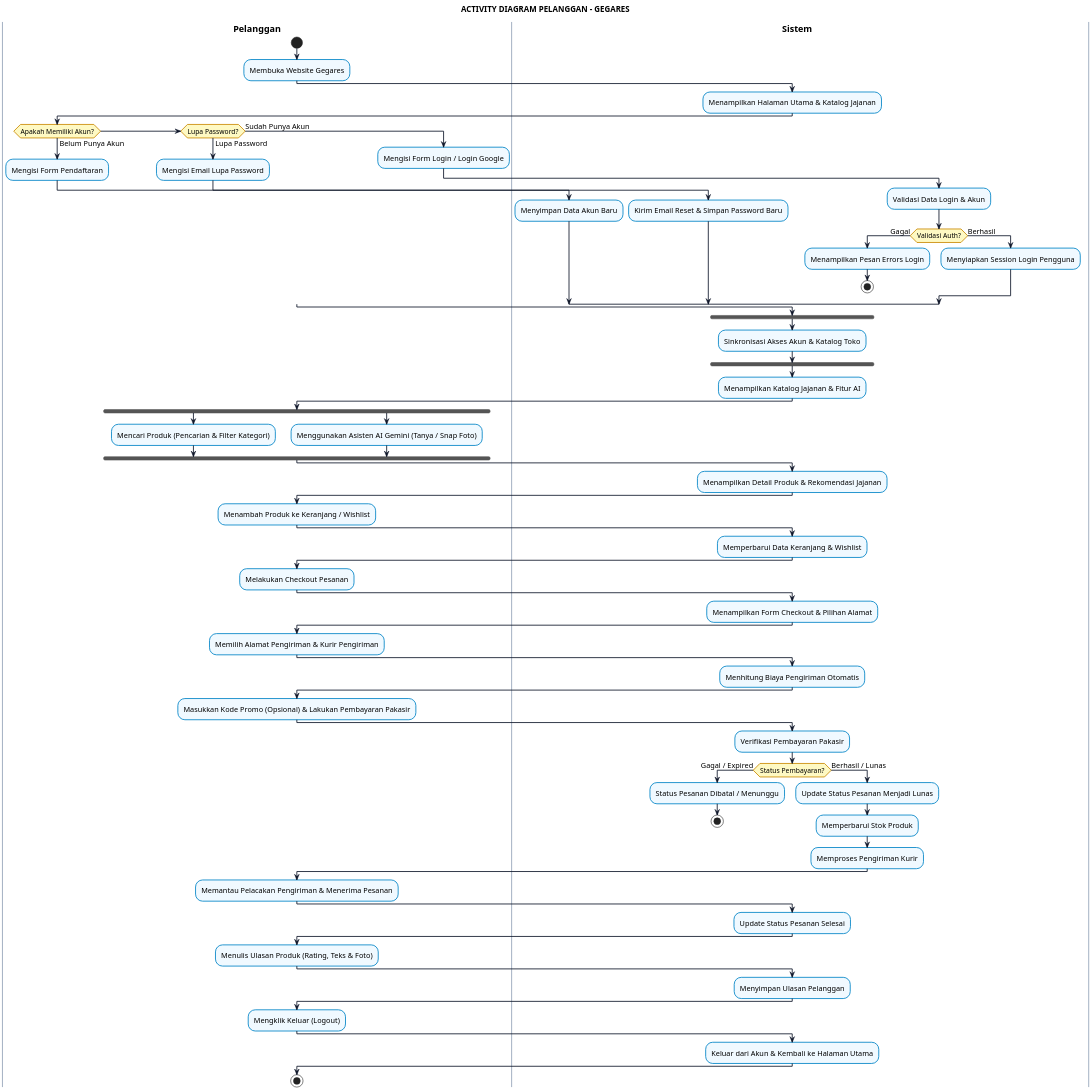
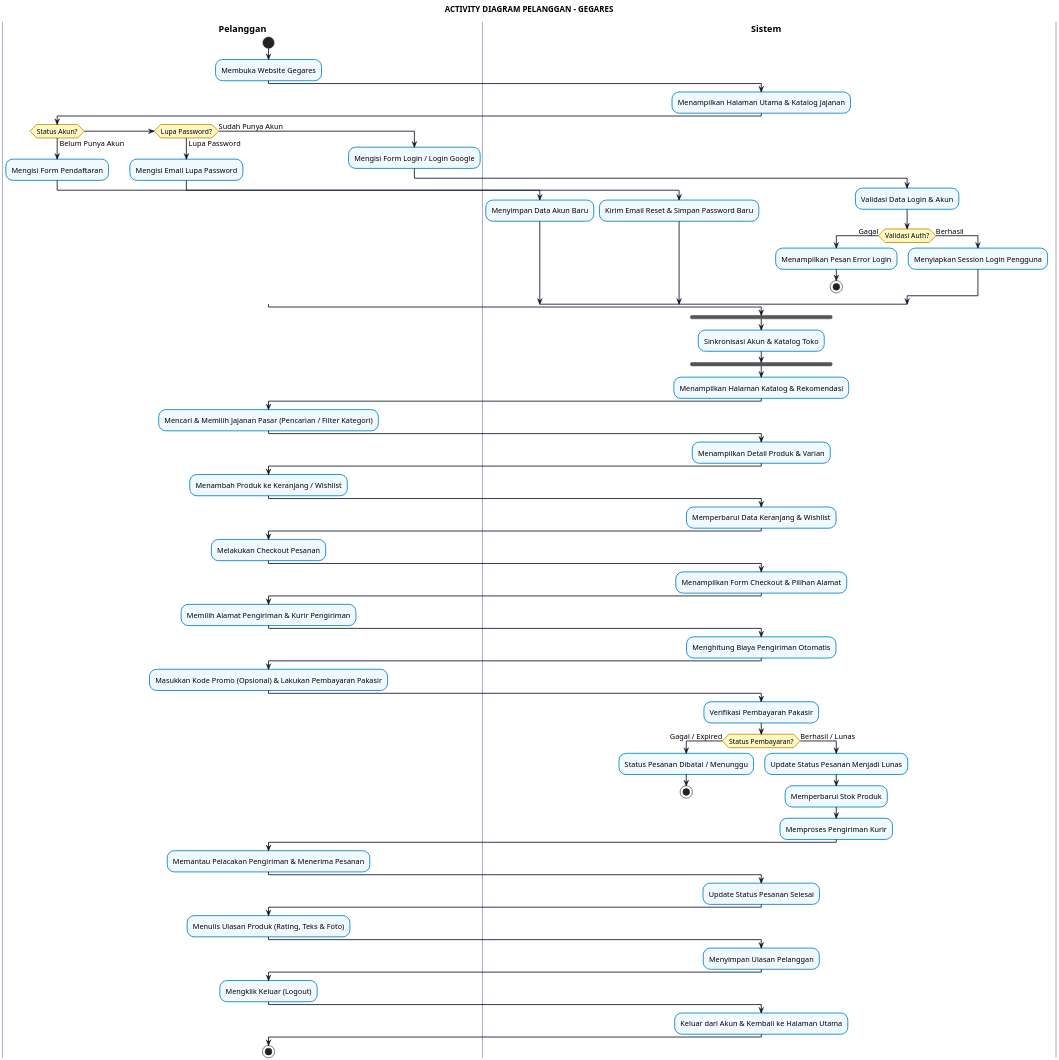
The diagram in activity_diagram_pelanggan.puml (greedykid/gegares_toko), drawn with PlantUML before and after one commit. The commit also changed 16 other files, not shown here.

Commit message:
docs(diagram): add dedicated AI Chatbot activity diagram (3 diagrams total: Pelanggan, AI Chatbot, Admin)

```diff
--- a/activity_diagram_pelanggan.puml
+++ b/activity_diagram_pelanggan.puml
@@ -1,124 +1,118 @@
 @startuml
 skinparam dpi 200
 skinparam defaultFontName "SansSerif"
 skinparam defaultFontSize 13
 skinparam ActivityFontSize 13
 skinparam ActivityBorderColor #0284C7
 skinparam ActivityBorderThickness 1.5
 skinparam ActivityBackgroundColor #F0F9FF
 skinparam ActivityDiamondBorderColor #CA8A04
 skinparam ActivityDiamondBackgroundColor #FEF9C3
 skinparam ActivityDiamondFontSize 12
 skinparam ArrowColor #0F172A
 skinparam ArrowThickness 1.5
 skinparam SwimlaneTitleFontSize 16
 skinparam SwimlaneTitleFontStyle bold
 skinparam SwimlaneBorderColor #94A3B8
 skinparam SwimlaneBorderThickness 1.5
-skinparam SwimlaneWidth 320
-skinparam NoteBackgroundColor #FFFBEB
-skinparam NoteBorderColor #F59E0B
+skinparam SwimlaneWidth 280
 
 title **ACTIVITY DIAGRAM PELANGGAN - GEGARES**
 
 |Pelanggan|
 start
 :Membuka Website Gegares;
 
 |Sistem|
 :Menampilkan Halaman Utama & Katalog Jajanan;
 
 |Pelanggan|
-if (Apakah Memiliki Akun?) then (Belum Punya Akun)
+if (Status Akun?) then (Belum Punya Akun)
   |Pelanggan|
   :Mengisi Form Pendaftaran;
   |Sistem|
   :Menyimpan Data Akun Baru;
 else if (Lupa Password?) then (Lupa Password)
   |Pelanggan|
   :Mengisi Email Lupa Password;
   |Sistem|
   :Kirim Email Reset & Simpan Password Baru;
 else (Sudah Punya Akun)
   |Pelanggan|
   :Mengisi Form Login / Login Google;
   |Sistem|
   :Validasi Data Login & Akun;
   if (Validasi Auth?) then (Gagal)
-    :Menampilkan Pesan Errors Login;
+    :Menampilkan Pesan Error Login;
     stop
   else (Berhasil)
     :Menyiapkan Session Login Pengguna;
   endif
 endif
 
 |Sistem|
 fork
-  :Sinkronisasi Akses Akun & Katalog Toko;
+  :Sinkronisasi Akun & Katalog Toko;
 end fork
 
-:Menampilkan Katalog Jajanan & Fitur AI;
+:Menampilkan Halaman Katalog & Rekomendasi;
 
 |Pelanggan|
-fork
-  :Mencari Produk (Pencarian & Filter Kategori);
-fork again
-  :Menggunakan Asisten AI Gemini (Tanya / Snap Foto);
-end fork
+:Mencari & Memilih Jajanan Pasar (Pencarian / Filter Kategori);
 
 |Sistem|
-:Menampilkan Detail Produk & Rekomendasi Jajanan;
+:Menampilkan Detail Produk & Varian;
 
 |Pelanggan|
 :Menambah Produk ke Keranjang / Wishlist;
 
 |Sistem|
 :Memperbarui Data Keranjang & Wishlist;
 
 |Pelanggan|
 :Melakukan Checkout Pesanan;
 
 |Sistem|
 :Menampilkan Form Checkout & Pilihan Alamat;
 
 |Pelanggan|
 :Memilih Alamat Pengiriman & Kurir Pengiriman;
 
 |Sistem|
-:Menhitung Biaya Pengiriman Otomatis;
+:Menghitung Biaya Pengiriman Otomatis;
 
 |Pelanggan|
 :Masukkan Kode Promo (Opsional) & Lakukan Pembayaran Pakasir;
 
 |Sistem|
 :Verifikasi Pembayaran Pakasir;
 if (Status Pembayaran?) then (Gagal / Expired)
   :Status Pesanan Dibatal / Menunggu;
   stop
 else (Berhasil / Lunas)
   :Update Status Pesanan Menjadi Lunas;
   :Memperbarui Stok Produk;
   :Memproses Pengiriman Kurir;
 endif
 
 |Pelanggan|
 :Memantau Pelacakan Pengiriman & Menerima Pesanan;
 
 |Sistem|
 :Update Status Pesanan Selesai;
 
 |Pelanggan|
 :Menulis Ulasan Produk (Rating, Teks & Foto);
 
 |Sistem|
 :Menyimpan Ulasan Pelanggan;
 
 |Pelanggan|
 :Mengklik Keluar (Logout);
 
 |Sistem|
 :Keluar dari Akun & Kembali ke Halaman Utama;
 
 |Pelanggan|
 stop
 @enduml
```
